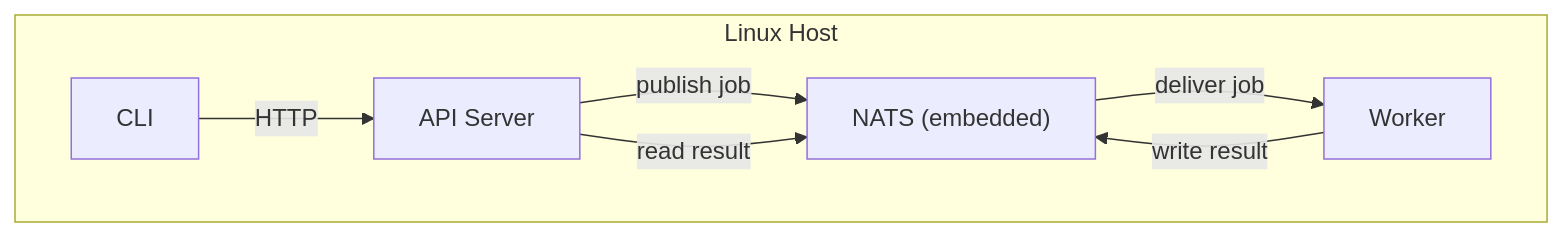
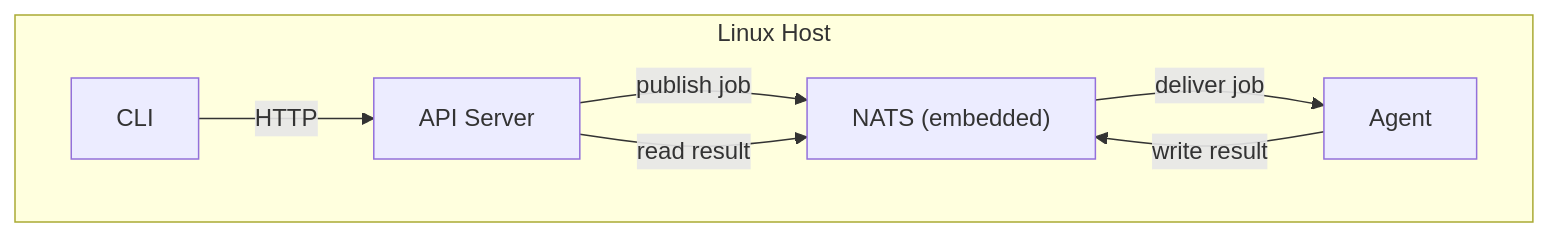
Before and after one commit to osapi-io/osapi: the first of 3 diagrams in docs/docs/sidebar/architecture/architecture.md, drawn with Mermaid. The commit also changed other lines of this file and 355 other files, not shown here.

````diff
--- a/docs/docs/sidebar/architecture/architecture.md
+++ b/docs/docs/sidebar/architecture/architecture.md
@@ -54,15 +53,15 @@
 ```mermaid
 graph TD
     subgraph host["Linux Host"]
         CLI["CLI"]
         API["API Server"]
-        Worker["Worker"]
+        Agent["Agent"]
         NATS["NATS (embedded)"]
 
         CLI -->|HTTP| API
         API -->|publish job| NATS
-        NATS -->|deliver job| Worker
-        Worker -->|write result| NATS
+        NATS -->|deliver job| Agent
+        Agent -->|write result| NATS
         API -->|read result| NATS
     end
 ```
````
